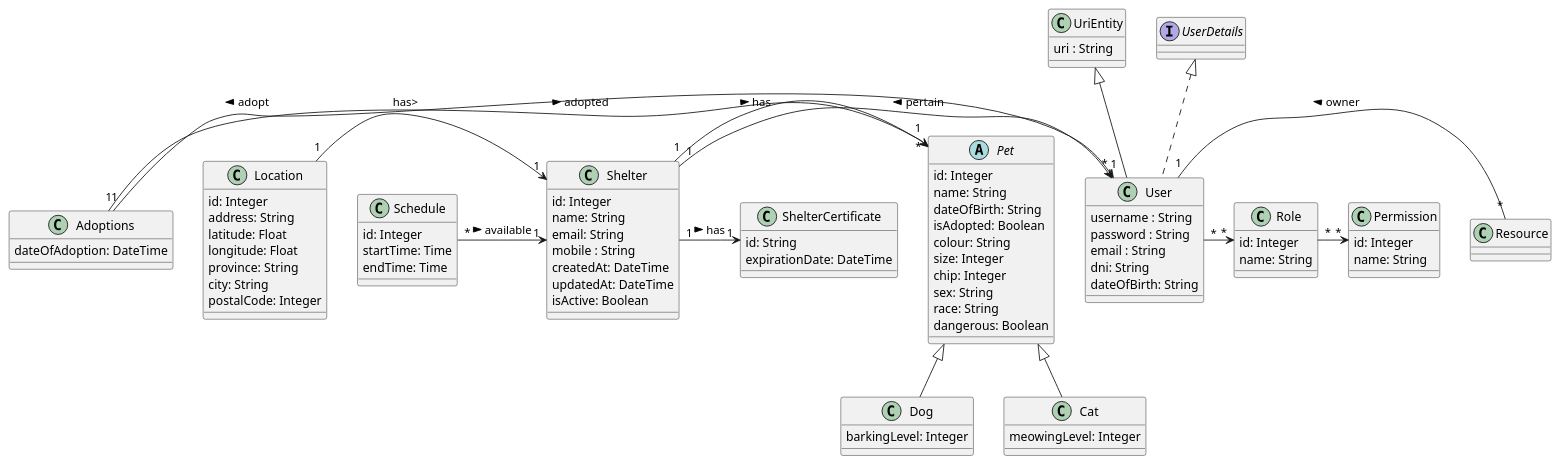
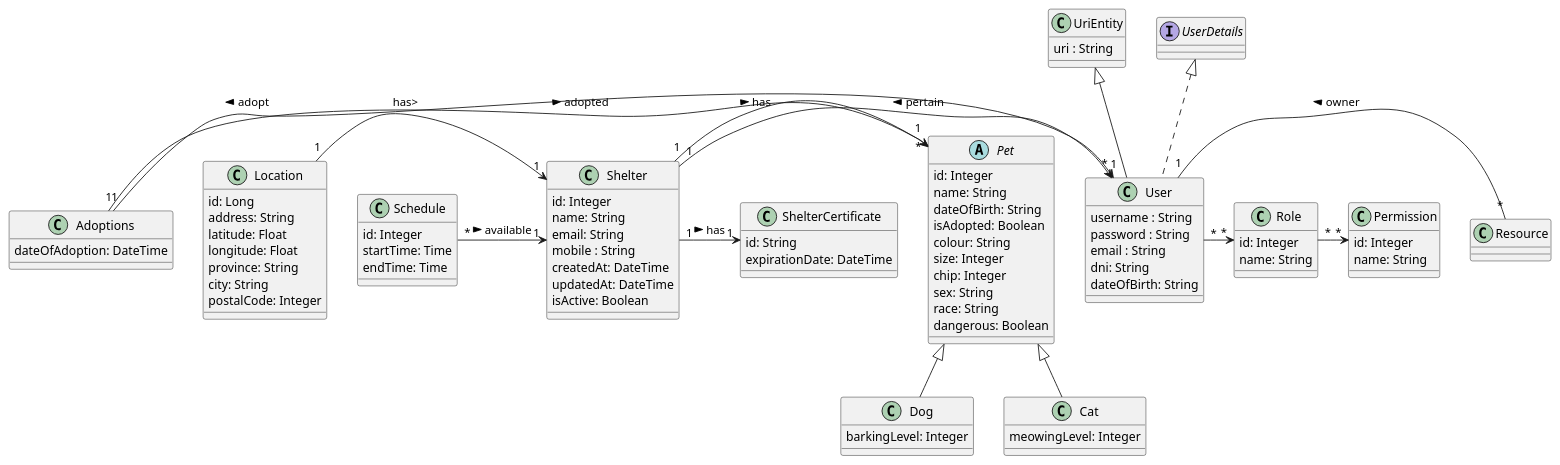
The diagram in EntitiesModel.puml (UdL-EPS-SoftArch/mypets-geiade-api), drawn with PlantUML before and after one commit. The commit also changed 1 other file, not shown here.

```diff
--- a/EntitiesModel.puml
+++ b/EntitiesModel.puml
@@ -1,93 +1,93 @@
 @startuml
 class User extends UriEntity implements UserDetails {
   username : String
   password : String
   email : String
   dni: String
   dateOfBirth: String
 }
 
 
 class UriEntity {
   uri : String
 }
 abstract class Pet{
   id: Integer
   name: String
   dateOfBirth: String
   isAdopted: Boolean
   colour: String
   size: Integer
   chip: Integer
   sex: String
   race: String
   dangerous: Boolean
 }
 class Dog extends Pet {
     barkingLevel: Integer
 }
 
 class Cat extends Pet {
     meowingLevel: Integer
 }
 
 class Shelter {
   id: Integer
   name: String
   email: String
   mobile : String
   createdAt: DateTime
   updatedAt: DateTime
   isActive: Boolean
 }
 
 class Location {
- id: Integer
+ id: Long
  address: String
  latitude: Float
  longitude: Float
  province: String
  city: String
  postalCode: Integer
 }
 
 class ShelterCertificate {
   id: String
   expirationDate: DateTime
 }
 
 class Schedule {
     id: Integer
     startTime: Time
     endTime: Time
 }
 
 class Adoptions {
     dateOfAdoption: DateTime
 }
 
 class Role {
     id: Integer
     name: String
 }
 
 class Permission {
     id: Integer
     name: String
 }
 
 
 User "1" --right-- "*" Resource : owner <
 Location "1" -> "1" Shelter : has>
 Shelter "1" -> "*" User : < pertain
 Shelter "1" -> "*" Pet : has >
 Shelter "1" -> "1" ShelterCertificate : has >
 Schedule "*" -> "1" Shelter :available >
 
 Adoptions "1" -> "1" Pet :adopted >
 Adoptions "1" -> "1" User :adopt <
 
 User "*" -> "*" Role
 Role "*" -> "*" Permission
 
 @enduml
```
